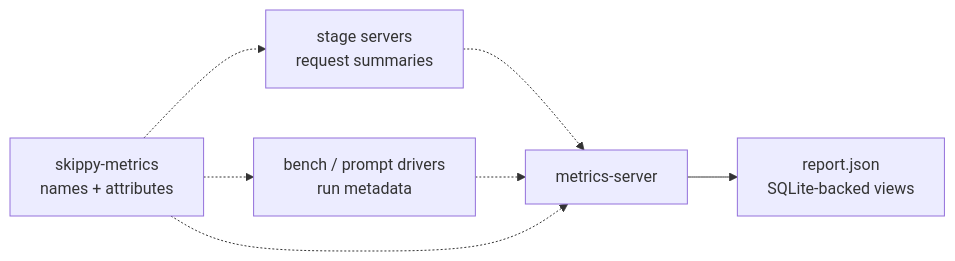
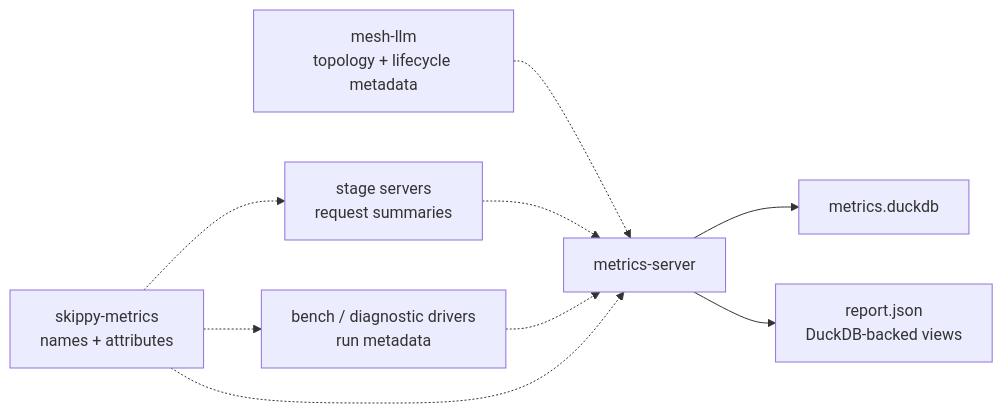
One commit to michaelneale/mesh-llm changed the diagram in crates/skippy-metrics/README.md. Above: the diagram before and after it, drawn with Mermaid. The commit also changed other lines of this file and 16 other files, not shown here.

Commit message:
Refactor documentation across crates for mesh-driven architecture, OpenAI API integration, and staged runtime updates.

````diff
--- a/crates/skippy-metrics/README.md
+++ b/crates/skippy-metrics/README.md
@@ -15,10 +15,12 @@
 ```mermaid
 flowchart LR
-    S0["stage servers<br/>request summaries"] -.-> M["metrics-server"]
-    B["bench / prompt drivers<br/>run metadata"] -.-> M
-    M --> R["report.json<br/>SQLite-backed views"]
+    Mesh["mesh-llm<br/>topology + lifecycle metadata"] -.-> M["metrics-server"]
+    S0["stage servers<br/>request summaries"] -.-> M
+    B["bench / diagnostic drivers<br/>run metadata"] -.-> M
+    M --> D["metrics.duckdb"]
+    M --> R["report.json<br/>DuckDB-backed views"]
 
     V["skippy-metrics<br/>names + attributes"] -.-> S0
     V -.-> B
     V -.-> M
 ```
````
